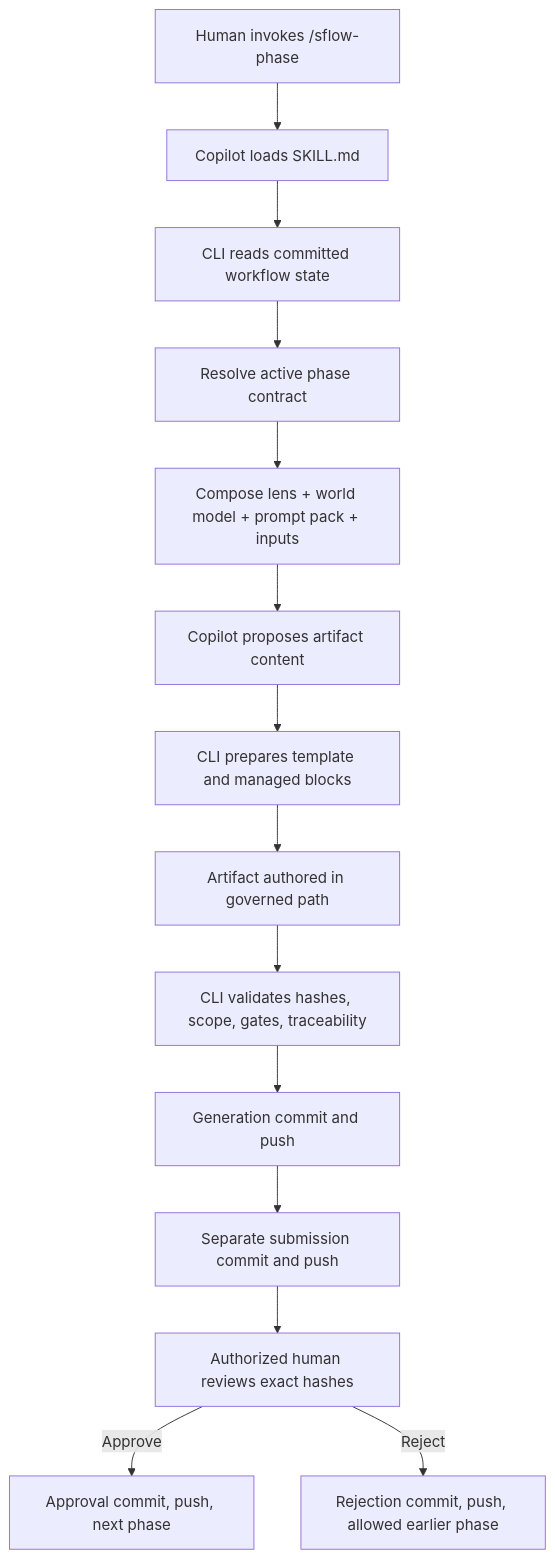
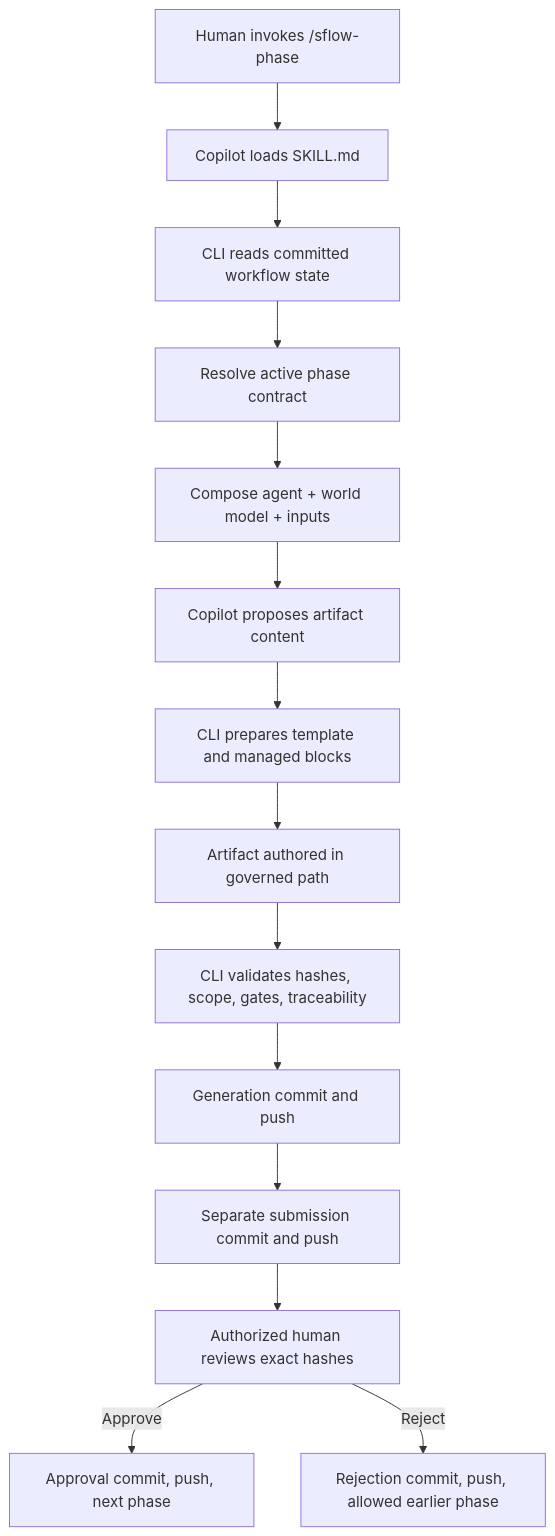
The fourth of 4 diagrams in docs/UNDER-THE-HOOD.md (ashokraj2011/singularityflow), drawn with Mermaid before and after one commit. The commit also changed other lines of this file and 179 other files, not shown here.

````diff
--- a/docs/UNDER-THE-HOOD.md
+++ b/docs/UNDER-THE-HOOD.md
@@ -527,16 +528,16 @@
 ```mermaid
 flowchart TD
   Invoke["Human invokes /sflow-phase"] --> Skill["Copilot loads SKILL.md"]
   Skill --> Status["CLI reads committed workflow state"]
   Status --> Contract["Resolve active phase contract"]
-  Contract --> Context["Compose lens + world model + prompt pack + inputs"]
+  Contract --> Context["Compose agent + world model + inputs"]
   Context --> Copilot["Copilot proposes artifact content"]
   Copilot --> Prepare["CLI prepares template and managed blocks"]
   Prepare --> Artifact["Artifact authored in governed path"]
   Artifact --> Validate["CLI validates hashes, scope, gates, traceability"]
   Validate --> Publish["Generation commit and push"]
   Publish --> Submit["Separate submission commit and push"]
   Submit --> Review["Authorized human reviews exact hashes"]
   Review -->|"Approve"| Next["Approval commit, push, next phase"]
   Review -->|"Reject"| Earlier["Rejection commit, push, allowed earlier phase"]
 ```
````
